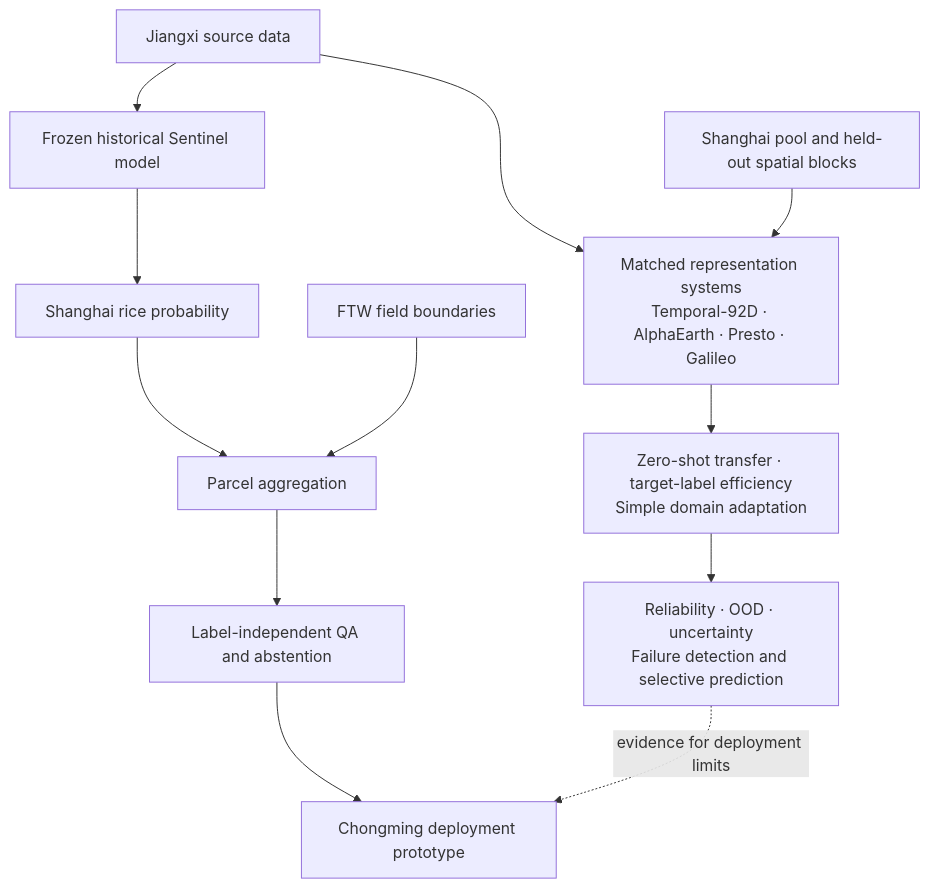
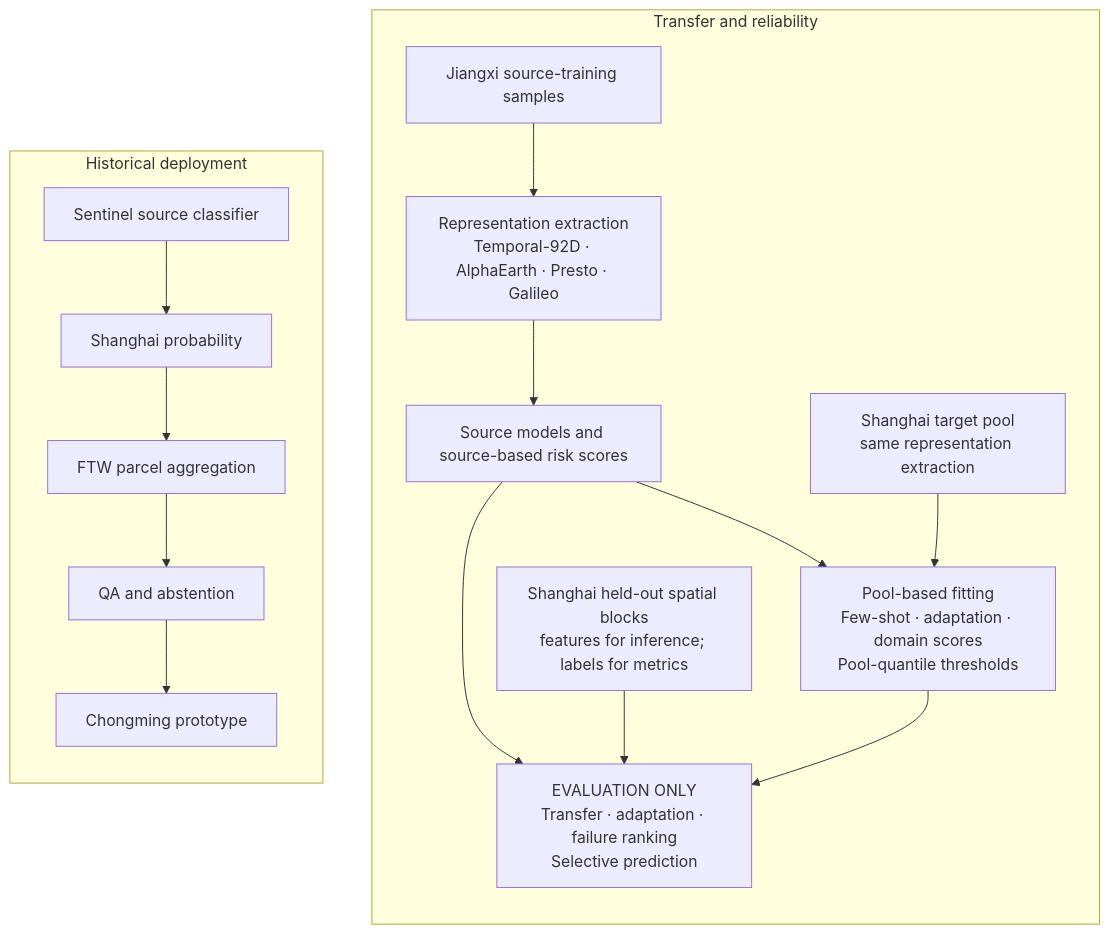
Before and after one commit to raccoon663/Shanghai-cross-region-rice-mapping: the diagram in README.md, drawn with Mermaid. The commit also changed other lines of this file and 8 other files, not shown here.

````diff
--- a/README.md
+++ b/README.md
@@ -32,14 +46,20 @@
 ```mermaid
 flowchart TD
-    J["Jiangxi source data"] --> R["Matched representation systems<br/>Temporal-92D · AlphaEarth · Presto · Galileo"]
-    T["Shanghai pool and held-out spatial blocks"] --> R
-    R --> A["Zero-shot transfer · target-label efficiency<br/>Simple domain adaptation"]
-    A --> U["Reliability · OOD · uncertainty<br/>Failure detection and selective prediction"]
-    J --> H["Frozen historical Sentinel model"]
-    H --> M["Shanghai rice probability"]
-    M --> P["Parcel aggregation"]
-    F["FTW field boundaries"] --> P
-    P --> Q["Label-independent QA and abstention"]
-    Q --> D["Chongming deployment prototype"]
-    U -. "evidence for deployment limits" .-> D
+    subgraph R["Transfer and reliability"]
+        direction TB
+        J["Jiangxi source-training samples"] --> X["Representation extraction<br/>Temporal-92D · AlphaEarth · Presto · Galileo"]
+        X --> S["Source models and source-based risk scores"]
+        P["Shanghai target pool<br/>same representation extraction"] --> A["Pool-based fitting<br/>Few-shot · adaptation · domain scores<br/>Pool-quantile thresholds"]
+        S --> A
+        S --> E["EVALUATION ONLY<br/>Transfer · adaptation · failure ranking<br/>Selective prediction"]
+        A --> E
+        T["Shanghai held-out spatial blocks<br/>features for inference; labels for metrics"] --> E
+    end
+    subgraph D["Historical deployment"]
+        direction TB
+        H["Sentinel source classifier"] --> M["Shanghai probability"]
+        M --> F["FTW parcel aggregation"]
+        F --> Q["QA and abstention"]
+        Q --> C["Chongming prototype"]
+    end
 ```
````
